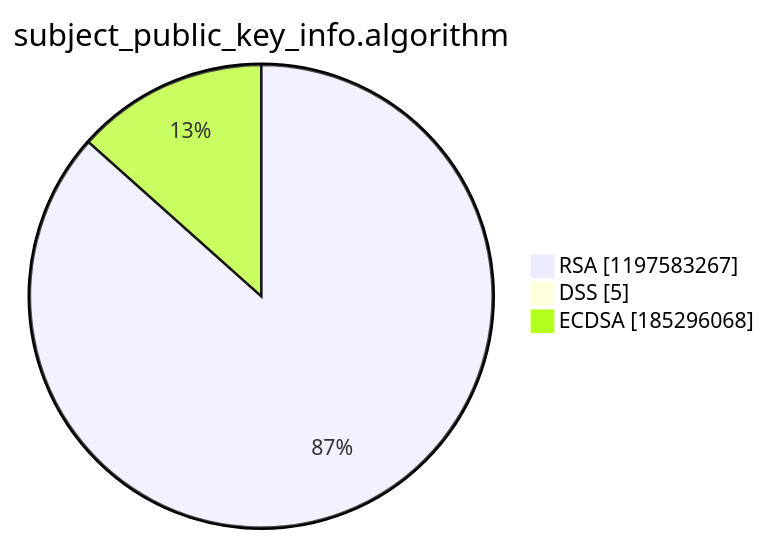
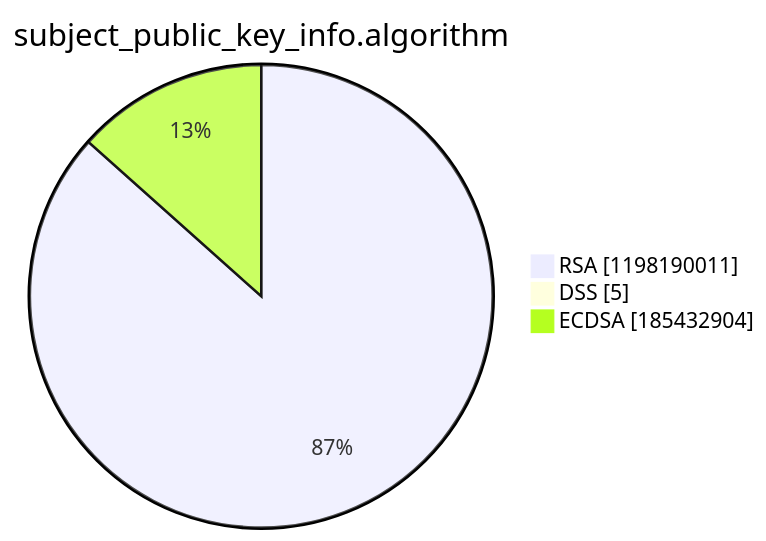
One commit to christiankrug/ctmonitor_visualization changed the third of 15 diagrams in argon2022/README.md. Above: the diagram before and after it, drawn with Mermaid. The commit also changed other lines of this file, not shown here.

````diff
--- a/argon2022/README.md
+++ b/argon2022/README.md
@@ -14,7 +14,7 @@
 ```mermaid
 pie showData
 title subject_public_key_info.algorithm
-"RSA" :1197583267
+"RSA" :1198190011
 "DSS" :5
-"ECDSA" :185296068
+"ECDSA" :185432904
 ```
````
